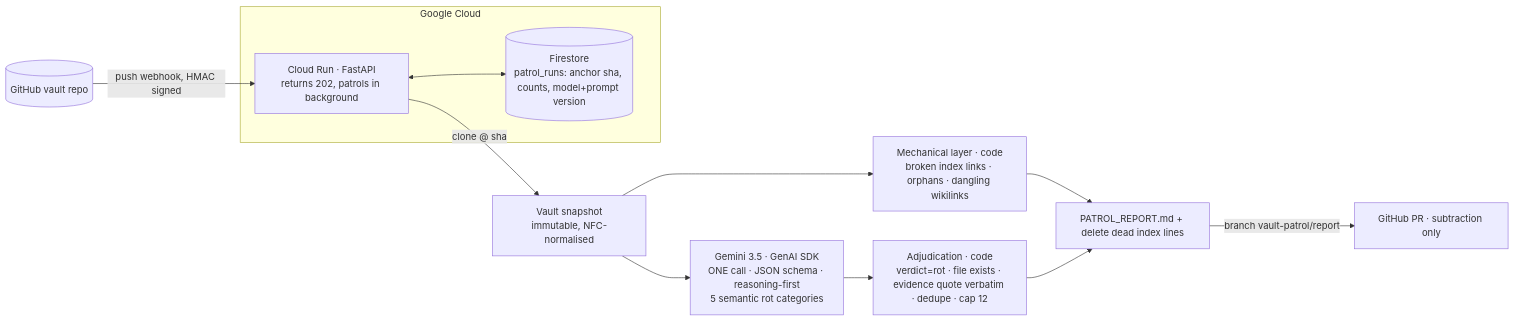
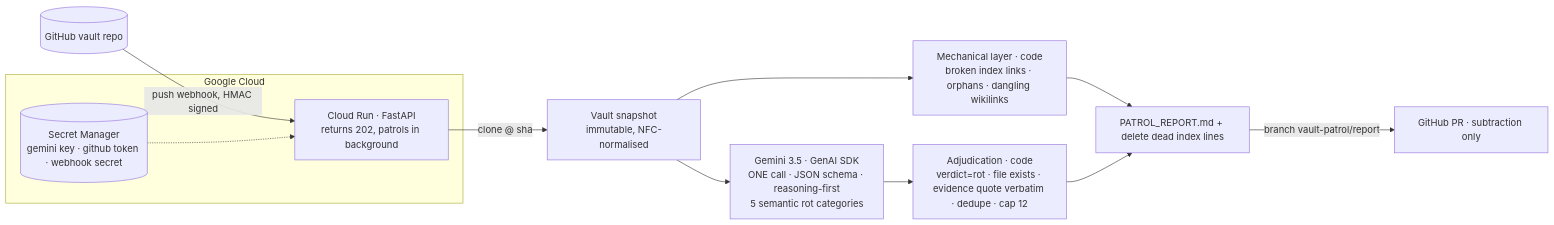
One commit to Longado/vault-patrol changed the diagram in docs/architecture.md. Above: the diagram before and after it, drawn with Mermaid. The commit also changed other lines of this file and 18 other files, not shown here.

````diff
--- a/docs/architecture.md
+++ b/docs/architecture.md
@@ -5,16 +5,16 @@
 ```mermaid
 flowchart LR
     GH[(GitHub vault repo)] -- push webhook, HMAC signed --> CR
     subgraph GCP[Google Cloud]
         CR[Cloud Run · FastAPI<br/>returns 202, patrols in background]
-        FS[(Firestore<br/>patrol_runs: anchor sha, counts, model+prompt version)]
+        SM[(Secret Manager<br/>gemini key · github token · webhook secret)]
     end
     CR -- clone @ sha --> V[Vault snapshot<br/>immutable, NFC-normalised]
     V --> M[Mechanical layer · code<br/>broken index links · orphans · dangling wikilinks]
     V --> G[Gemini 3.5 · GenAI SDK<br/>ONE call · JSON schema · reasoning-first<br/>5 semantic rot categories]
     G --> A[Adjudication · code<br/>verdict=rot · file exists · evidence quote verbatim · dedupe · cap 12]
     M --> R[PATROL_REPORT.md + delete dead index lines]
     A --> R
     R -- branch vault-patrol/report --> PR[GitHub PR · subtraction only]
-    CR <--> FS
+    SM -.-> CR
 ```
````
